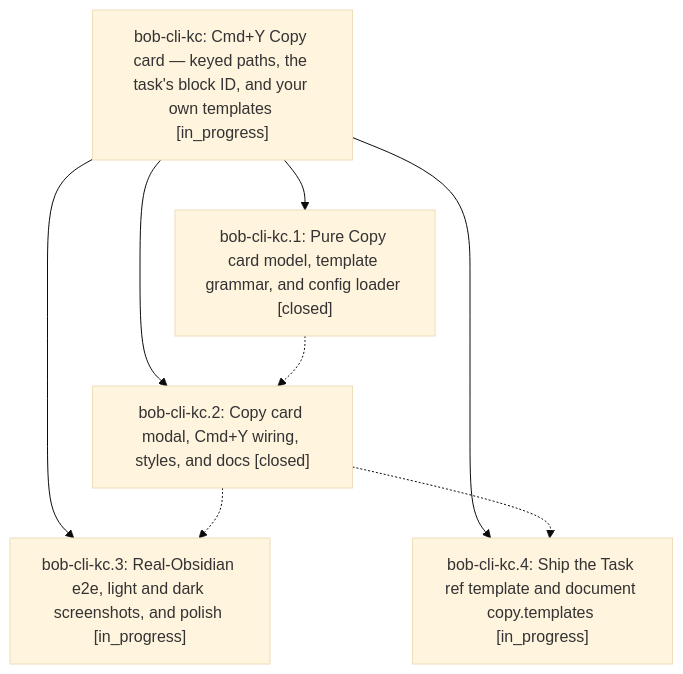
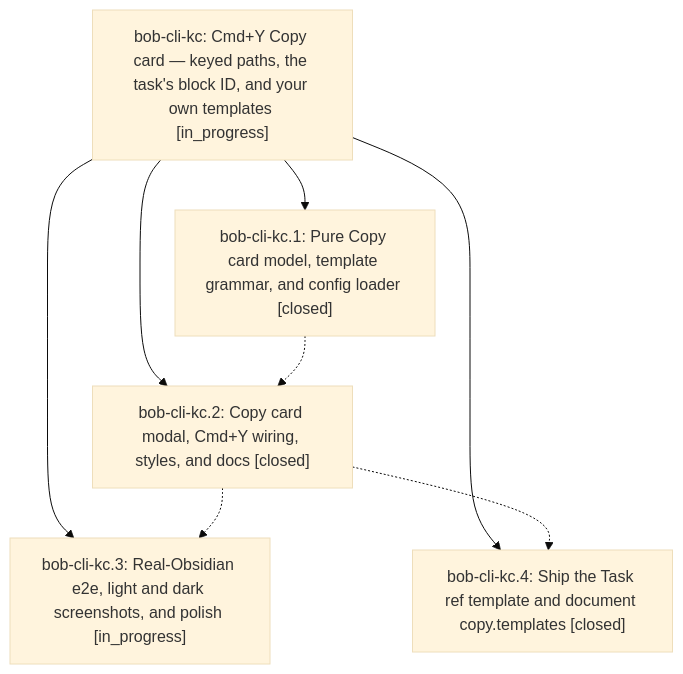
The diagram in pages/bob-cli-kc/README.md (bobs-org/bob-cli--beads), drawn with Mermaid (base theme) before and after one commit. The commit also changed other lines of this file and 2 other files, not shown here.

First line of the commit message:
chore(beads): sync bead state and pages for bob-cli-kc

````diff
--- a/pages/bob-cli-kc/README.md
+++ b/pages/bob-cli-kc/README.md
@@ -25,15 +25,15 @@
 ```mermaid
 flowchart TD
     n0["bob-cli-kc: Cmd+Y Copy card — keyed paths, the task's block ID, and your own templates [in_progress]"]
     n1["bob-cli-kc.1: Pure Copy card model, template grammar, and config loader [closed]"]
     n2["bob-cli-kc.2: Copy card modal, Cmd+Y wiring, styles, and docs [closed]"]
     n3["bob-cli-kc.3: Real-Obsidian e2e, light and dark screenshots, and polish [in_progress]"]
-    n4["bob-cli-kc.4: Ship the Task ref template and document copy.templates [in_progress]"]
+    n4["bob-cli-kc.4: Ship the Task ref template and document copy.templates [closed]"]
     n0 --> n1
     n0 --> n2
     n0 --> n3
     n0 --> n4
     n1 -.-> n2
     n2 -.-> n3
     n2 -.-> n4
 ```
````
